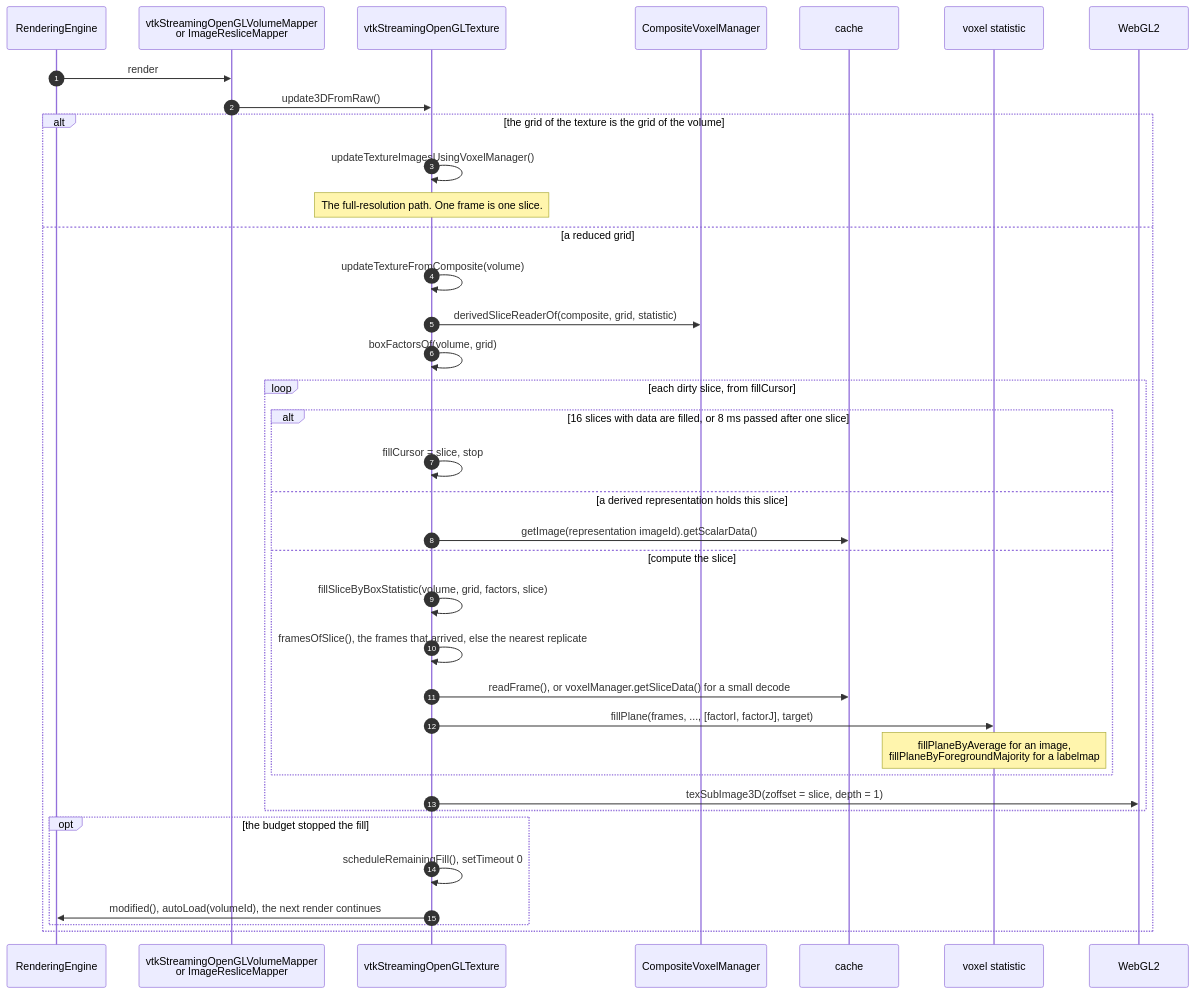
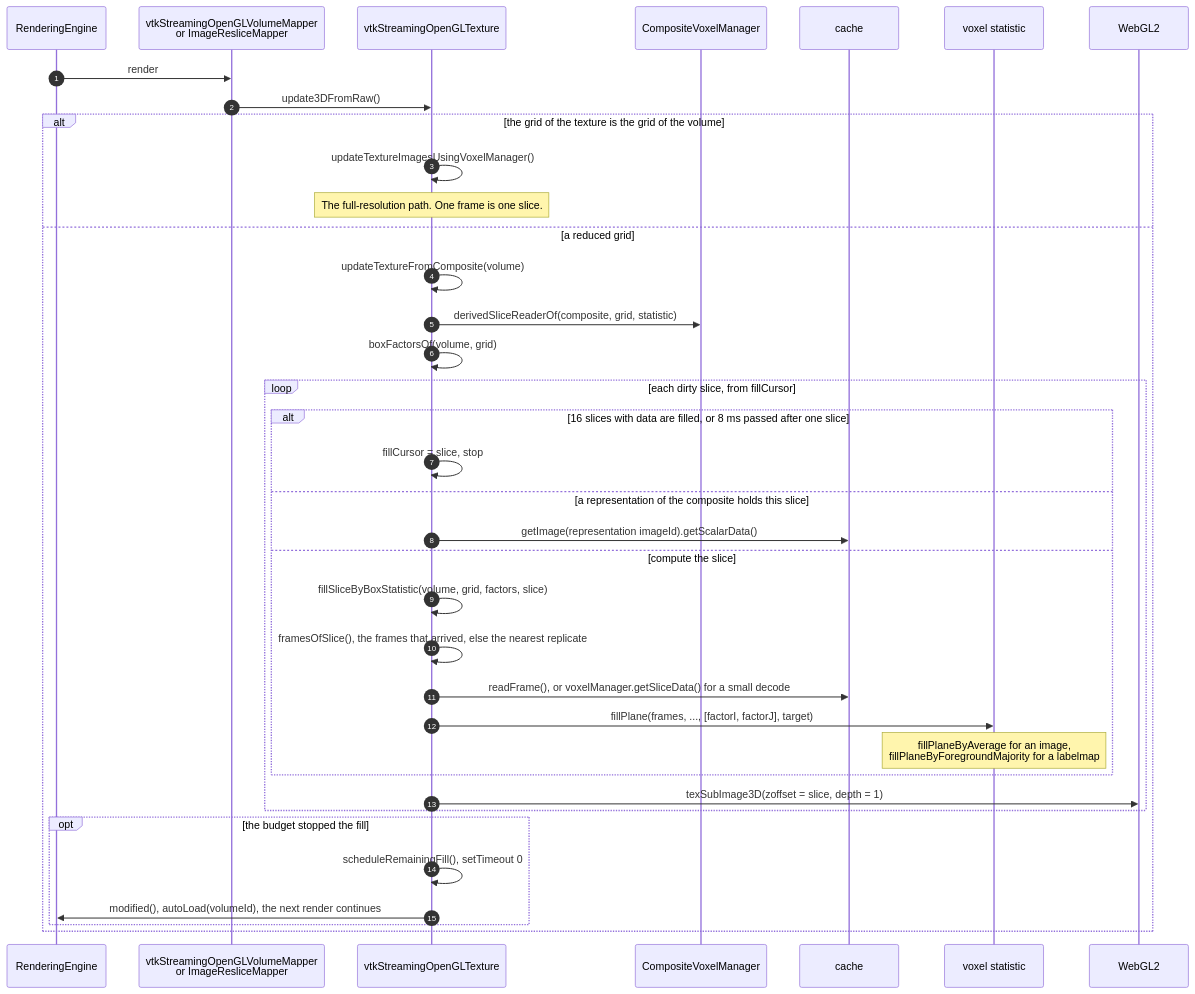
Before and after one commit to cornerstonejs/cornerstone3D: the fourth of 6 diagrams in packages/docs/docs/concepts/cornerstone-core/volumeRenderSequences.md, drawn with Mermaid. The commit also changed other lines of this file and 16 other files, not shown here.

````diff
--- a/packages/docs/docs/concepts/cornerstone-core/volumeRenderSequences.md
+++ b/packages/docs/docs/concepts/cornerstone-core/volumeRenderSequences.md
@@ -184,40 +184,40 @@
 ```mermaid
 sequenceDiagram
     autonumber
     participant RE as RenderingEngine
     participant Map as vtkStreamingOpenGLVolumeMapper<br/>or ImageResliceMapper
     participant Tex as vtkStreamingOpenGLTexture
     participant CVM as CompositeVoxelManager
     participant Cache as cache
     participant Stat as voxel statistic
     participant GL as WebGL2
 
     RE->>Map: render
     Map->>Tex: update3DFromRaw()
     alt the grid of the texture is the grid of the volume
         Tex->>Tex: updateTextureImagesUsingVoxelManager()
         Note over Tex: The full-resolution path. One frame is one slice.
     else a reduced grid
         Tex->>Tex: updateTextureFromComposite(volume)
         Tex->>CVM: derivedSliceReaderOf(composite, grid, statistic)
         Tex->>Tex: boxFactorsOf(volume, grid)
         loop each dirty slice, from fillCursor
             alt 16 slices with data are filled, or 8 ms passed after one slice
                 Tex->>Tex: fillCursor = slice, stop
-            else a derived representation holds this slice
+            else a representation of the composite holds this slice
                 Tex->>Cache: getImage(representation imageId).getScalarData()
             else compute the slice
                 Tex->>Tex: fillSliceByBoxStatistic(volume, grid, factors, slice)
                 Tex->>Tex: framesOfSlice(), the frames that arrived, else the nearest replicate
                 Tex->>Cache: readFrame(), or voxelManager.getSliceData() for a small decode
                 Tex->>Stat: fillPlane(frames, ..., [factorI, factorJ], target)
                 Note over Stat: fillPlaneByAverage for an image,<br/>fillPlaneByForegroundMajority for a labelmap
             end
             Tex->>GL: texSubImage3D(zoffset = slice, depth = 1)
         end
         opt the budget stopped the fill
             Tex->>Tex: scheduleRemainingFill(), setTimeout 0
             Tex->>RE: modified(), autoLoad(volumeId), the next render continues
         end
     end
 ```
````
